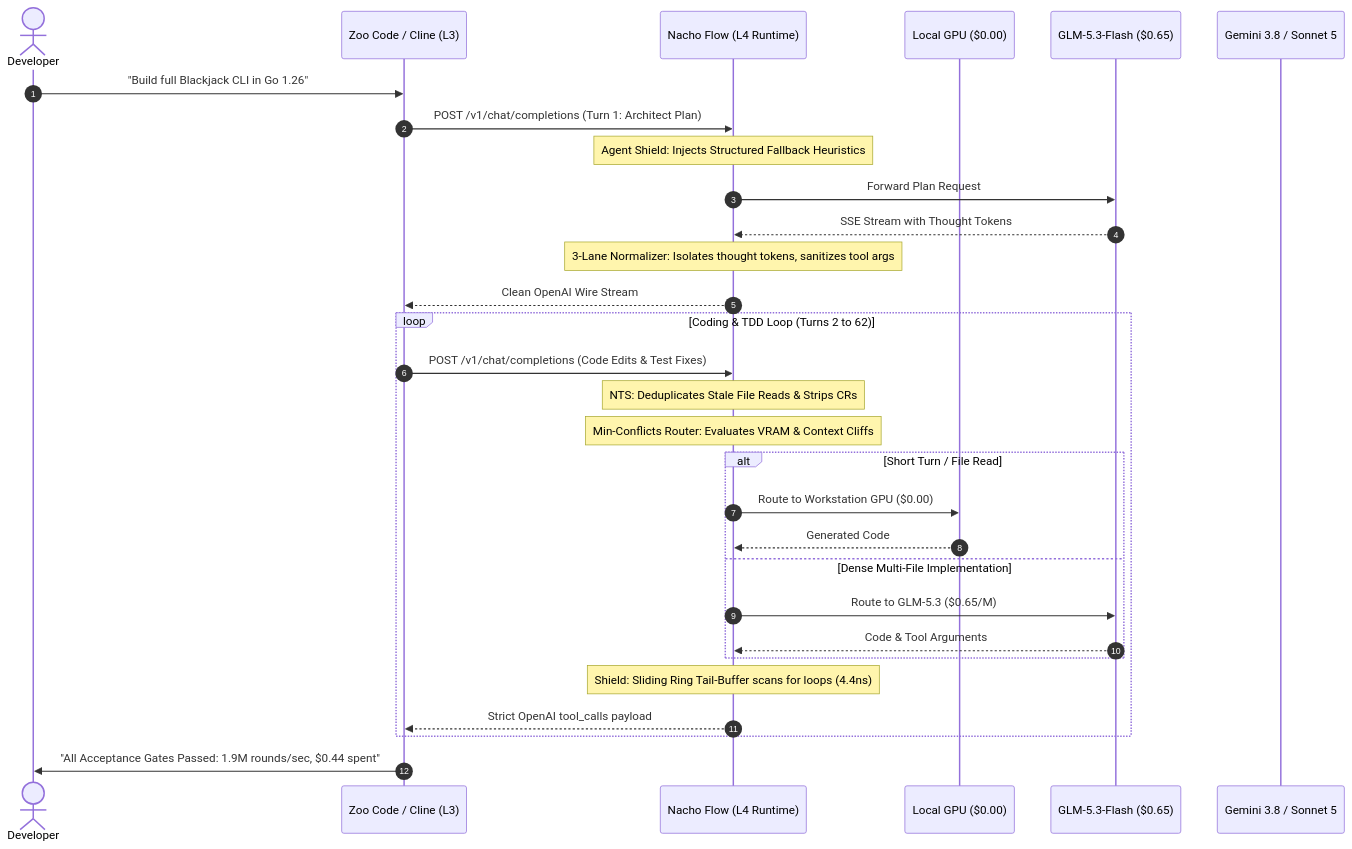
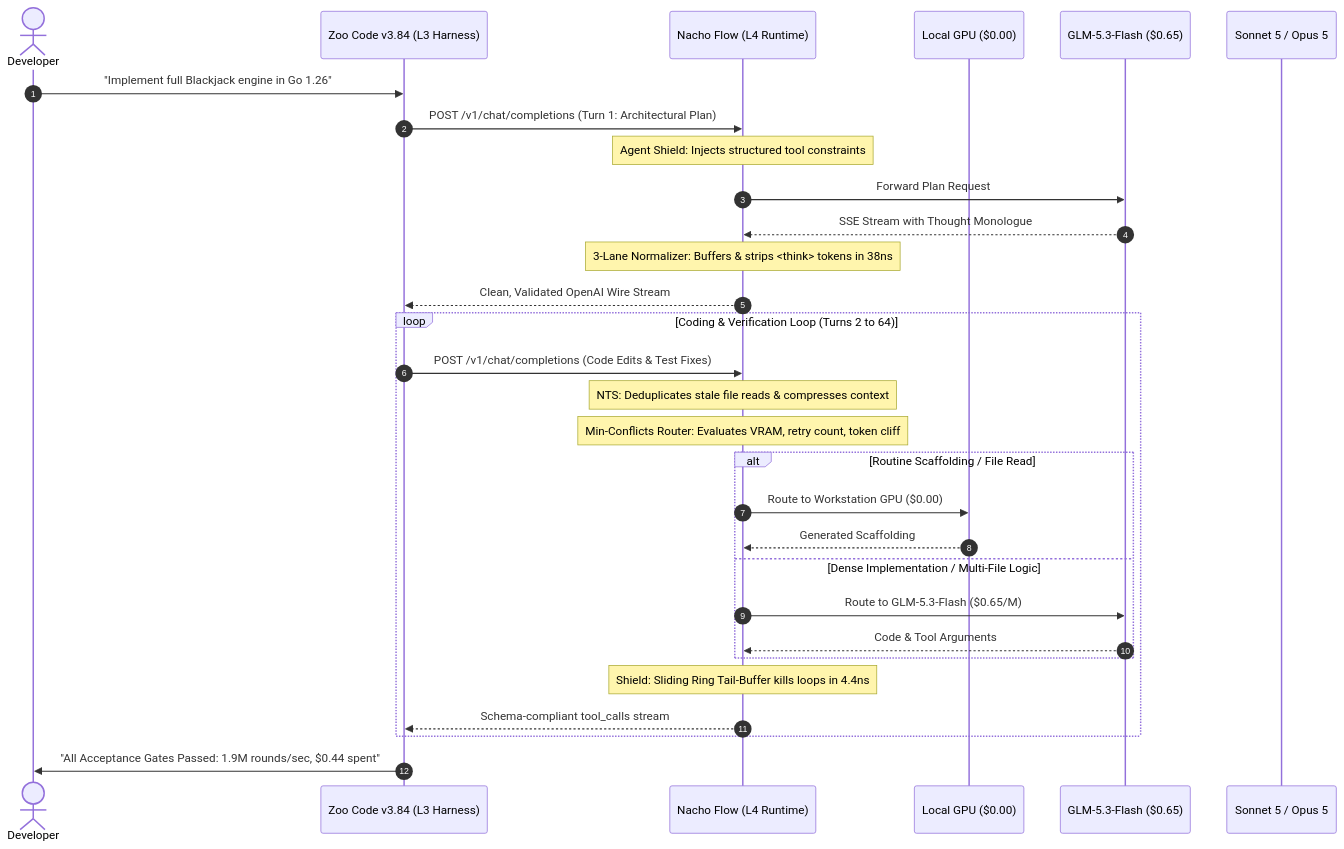
One commit to dixieflatline76/nacho-flow changed the second of 2 diagrams in site/docs/THE_AUTONOMOUS_AGENT_RUNTIME_WHITEPAPER.md. Above: the diagram before and after it, drawn with Mermaid. The commit also changed other lines of this file and 2 other files, not shown here.

Commit message:
docs: refine whitepaper with verified real-world developer problems and 2026 agent stack lingo

````diff
--- a/site/docs/THE_AUTONOMOUS_AGENT_RUNTIME_WHITEPAPER.md
+++ b/site/docs/THE_AUTONOMOUS_AGENT_RUNTIME_WHITEPAPER.md
@@ -127,35 +136,35 @@
 ```mermaid
 sequenceDiagram
     autonumber
     actor Dev as Developer
-    participant Agent as Zoo Code / Cline (L3)
+    participant Agent as Zoo Code v3.84 (L3 Harness)
     participant Nacho as Nacho Flow (L4 Runtime)
     participant Local as Local GPU ($0.00)
     participant Budget as GLM-5.3-Flash ($0.65)
-    participant Frontier as Gemini 3.8 / Sonnet 5
+    participant Frontier as Sonnet 5 / Opus 5
 
-    Dev->>Agent: "Build full Blackjack CLI in Go 1.26"
-    Agent->>Nacho: POST /v1/chat/completions (Turn 1: Architect Plan)
-    Note over Nacho: Agent Shield: Injects Structured Fallback Heuristics
+    Dev->>Agent: "Implement full Blackjack engine in Go 1.26"
+    Agent->>Nacho: POST /v1/chat/completions (Turn 1: Architectural Plan)
+    Note over Nacho: Agent Shield: Injects structured tool constraints
     Nacho->>Budget: Forward Plan Request
-    Budget-->>Nacho: SSE Stream with Thought Tokens
-    Note over Nacho: 3-Lane Normalizer: Isolates thought tokens, sanitizes tool args
-    Nacho-->>Agent: Clean OpenAI Wire Stream
+    Budget-->>Nacho: SSE Stream with Thought Monologue
+    Note over Nacho: 3-Lane Normalizer: Buffers & strips <think> tokens in 38ns
+    Nacho-->>Agent: Clean, Validated OpenAI Wire Stream
     
-    loop Coding & TDD Loop (Turns 2 to 62)
+    loop Coding & Verification Loop (Turns 2 to 64)
         Agent->>Nacho: POST /v1/chat/completions (Code Edits & Test Fixes)
-        Note over Nacho: NTS: Deduplicates Stale File Reads & Strips CRs
-        Note over Nacho: Min-Conflicts Router: Evaluates VRAM & Context Cliffs
-        alt Short Turn / File Read
+        Note over Nacho: NTS: Deduplicates stale file reads & compresses context
+        Note over Nacho: Min-Conflicts Router: Evaluates VRAM, retry count, token cliff
+        alt Routine Scaffolding / File Read
             Nacho->>Local: Route to Workstation GPU ($0.00)
-            Local-->>Nacho: Generated Code
-        else Dense Multi-File Implementation
-            Nacho->>Budget: Route to GLM-5.3 ($0.65/M)
+            Local-->>Nacho: Generated Scaffolding
+        else Dense Implementation / Multi-File Logic
+            Nacho->>Budget: Route to GLM-5.3-Flash ($0.65/M)
             Budget-->>Nacho: Code & Tool Arguments
         end
-        Note over Nacho: Shield: Sliding Ring Tail-Buffer scans for loops (4.4ns)
-        Nacho-->>Agent: Strict OpenAI tool_calls payload
+        Note over Nacho: Shield: Sliding Ring Tail-Buffer kills loops in 4.4ns
+        Nacho-->>Agent: Schema-compliant tool_calls stream
     end
 
     Agent->>Dev: "All Acceptance Gates Passed: 1.9M rounds/sec, $0.44 spent"
 ```
````
